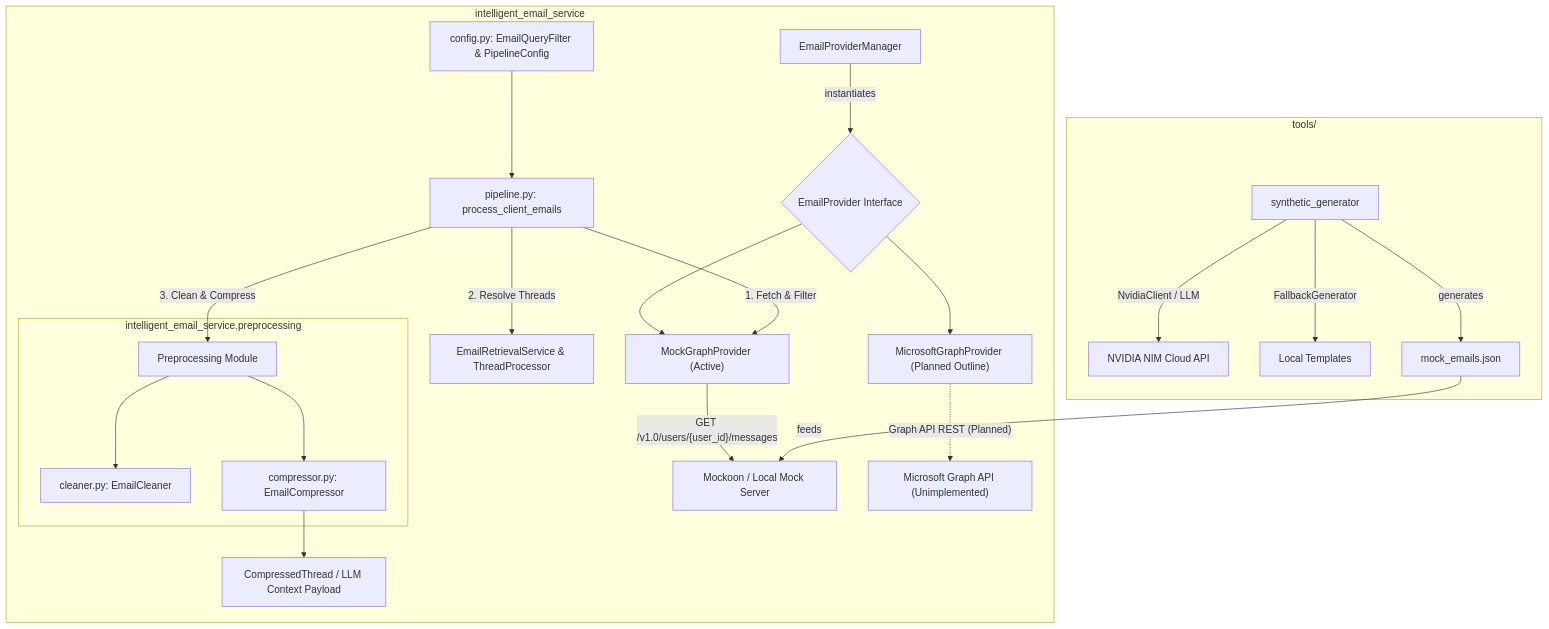
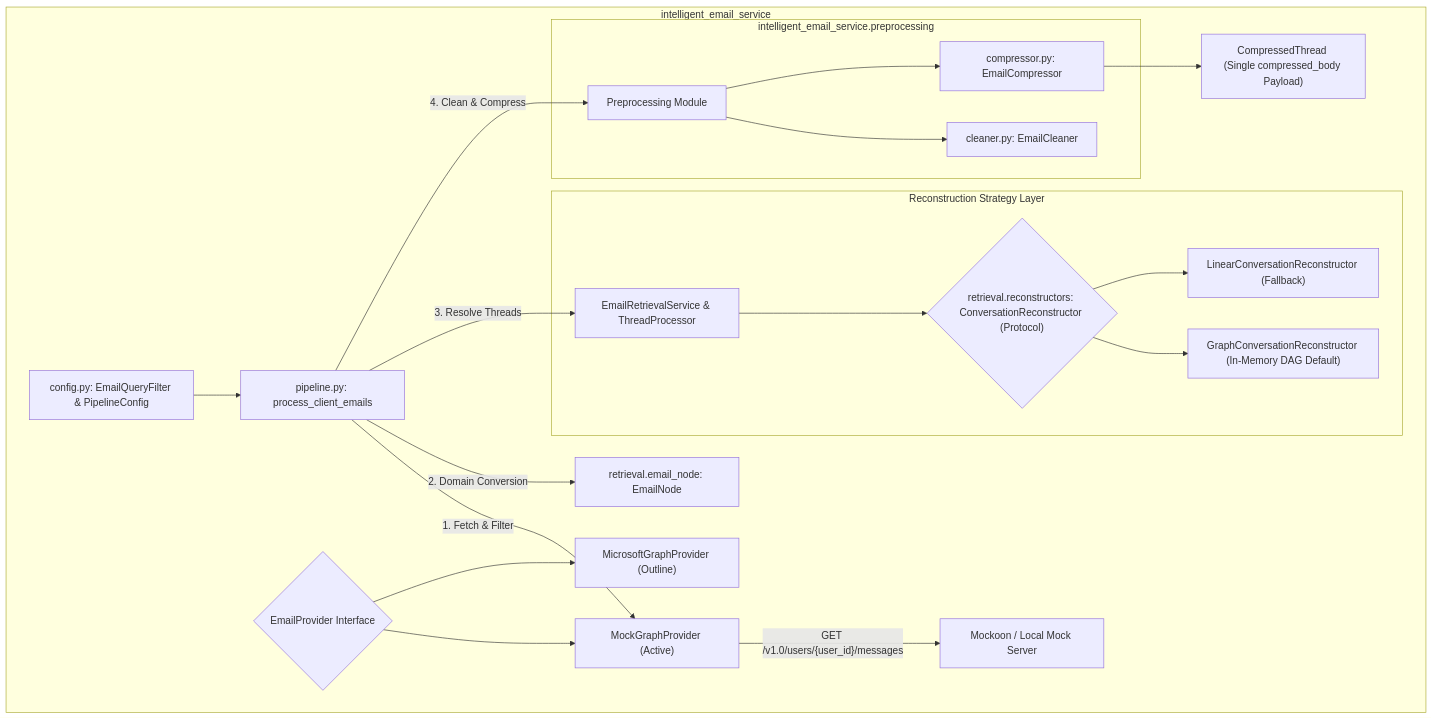
Before and after one commit to AlbertJojo2313/Intelligent_Email_Service: the diagram in docs/architecture.md, drawn with Mermaid. The commit also changed other lines of this file and 3 other files, not shown here.

````diff
--- a/docs/architecture.md
+++ b/docs/architecture.md
@@ -26,30 +27,29 @@
 ```mermaid
 flowchart TD
     subgraph Core_Package ["intelligent_email_service"]
         Config["config.py: EmailQueryFilter & PipelineConfig"] --> Pipeline["pipeline.py: process_client_emails"]
-        PM["EmailProviderManager"] -->|instantiates| Provider{"EmailProvider Interface"}
-        Provider --> MGP["MockGraphProvider (Active)"]
-        Provider --> MSGP["MicrosoftGraphProvider (Planned Outline)"]
+        Provider{"EmailProvider Interface"} --> MGP["MockGraphProvider (Active)"]
+        Provider --> MSGP["MicrosoftGraphProvider (Outline)"]
         
         MGP -->|"GET /v1.0/users/{user_id}/messages"| MockServer["Mockoon / Local Mock Server"]
-        MSGP -.->|"Graph API REST (Planned)"| MSGraph["Microsoft Graph API (Unimplemented)"]
         
         Pipeline -->|"1. Fetch & Filter"| MGP
-        Pipeline -->|"2. Resolve Threads"| DataPipeline["EmailRetrievalService & ThreadProcessor"]
-        Pipeline -->|"3. Clean & Compress"| Prep["Preprocessing Module"]
+        Pipeline -->|"2. Domain Conversion"| Node["retrieval.email_node: EmailNode"]
+        Pipeline -->|"3. Resolve Threads"| DataPipeline["EmailRetrievalService & ThreadProcessor"]
+        
+        subgraph Strategy_Layer ["Reconstruction Strategy Layer"]
+            DataPipeline --> Reconstructor{"retrieval.reconstructors: ConversationReconstructor (Protocol)"}
+            Reconstructor --> GraphStrat["GraphConversationReconstructor (In-Memory DAG Default)"]
+            Reconstructor --> LinearStrat["LinearConversationReconstructor (Fallback)"]
+        end
+        
+        Pipeline -->|"4. Clean & Compress"| Prep["Preprocessing Module"]
         
         subgraph Preprocessing ["intelligent_email_service.preprocessing"]
             Prep --> Cleaner["cleaner.py: EmailCleaner"]
             Prep --> Compressor["compressor.py: EmailCompressor"]
         end
         
-        Compressor --> Output["CompressedThread / LLM Context Payload"]
-    end
-    
-    subgraph Tools ["tools/"]
-        SynthGen["synthetic_generator"] -->|"NvidiaClient / LLM"| NVIDIA["NVIDIA NIM Cloud API"]
-        SynthGen -->|"FallbackGenerator"| Fallback["Local Templates"]
-        SynthGen -->|"generates"| MockData["mock_emails.json"]
-        MockData -->|"feeds"| MockServer
+        Compressor --> Output["CompressedThread (Single compressed_body Payload)"]
     end
 ```
````
